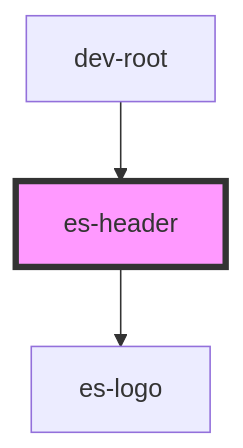
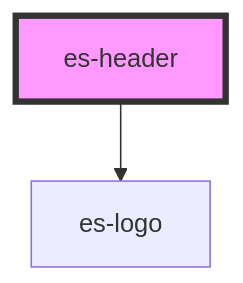
One commit to EventStore/Design-System changed the diagram in packages/layout/src/components/es-header/readme.md. Above: the diagram before and after it, drawn with Mermaid. The commit also changed other lines of this file and 20 other files, not shown here.

Commit message:
Make es-nav leaves optionally strict - don't default to strict - add option to re-enable it - move dev-root to be a .demo component

````diff
--- a/packages/layout/src/components/es-header/readme.md
+++ b/packages/layout/src/components/es-header/readme.md
@@ -78,6 +74,5 @@
 ```mermaid
 graph TD;
   es-header --> es-logo
-  dev-root --> es-header
   style es-header fill:#f9f,stroke:#333,stroke-width:4px
 ```
````
